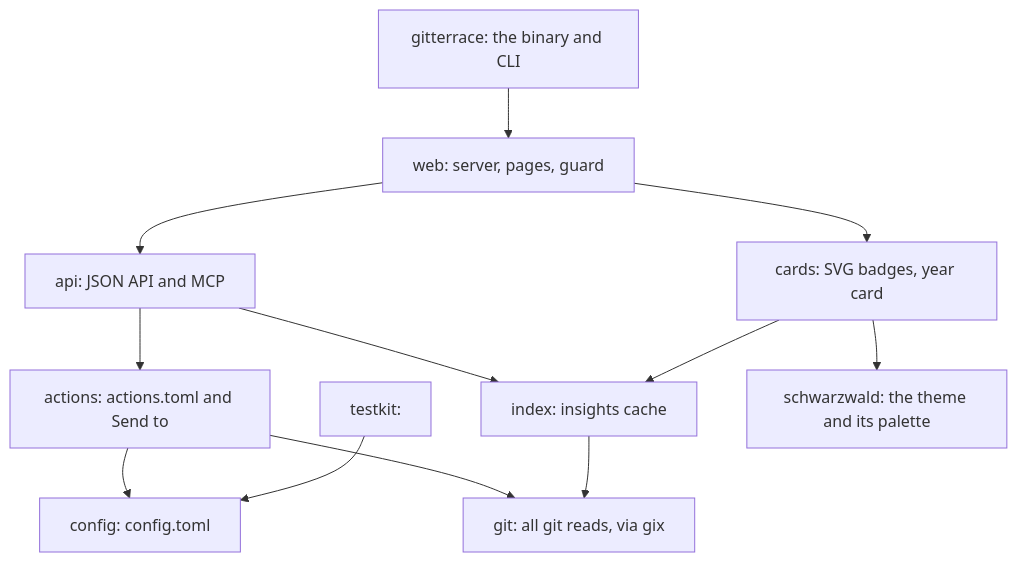
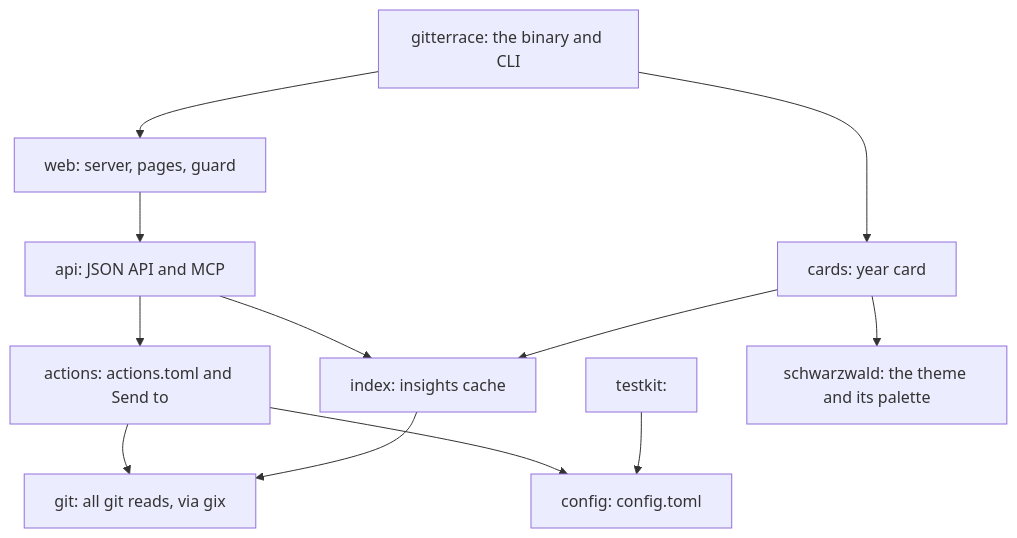
The diagram in docs/architecture.md (gitterrace/gitterrace), drawn with Mermaid before and after one commit. The commit also changed other lines of this file and 46 other files, not shown here.

First line of the commit message:
refactor(web): drop the /badges and /cards routes

````diff
--- a/docs/architecture.md
+++ b/docs/architecture.md
@@ -4,24 +4,24 @@
 ```mermaid
 flowchart TD
   gitterrace["gitterrace: the binary and CLI"]
   actions["actions: actions.toml and Send to"]
   api["api: JSON API and MCP"]
-  cards["cards: SVG badges, year card"]
+  cards["cards: year card"]
   config["config: config.toml"]
   git["git: all git reads, via gix"]
   index["index: insights cache"]
   testkit["testkit: "]
   web["web: server, pages, guard"]
   schwarzwald["schwarzwald: the theme and its palette"]
+  gitterrace --> cards
   gitterrace --> web
   actions --> config
   actions --> git
   api --> actions
   api --> index
   cards --> index
   cards --> schwarzwald
   index --> git
   testkit --> config
   web --> api
-  web --> cards
 ```
````
